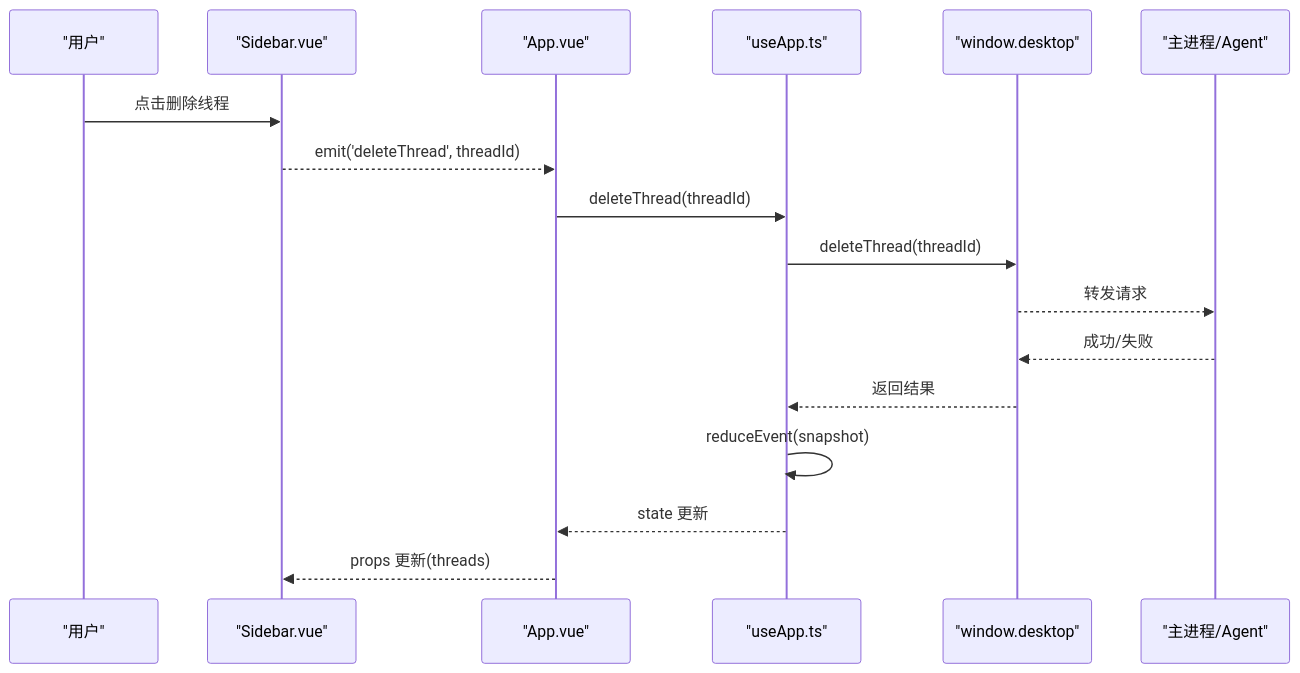
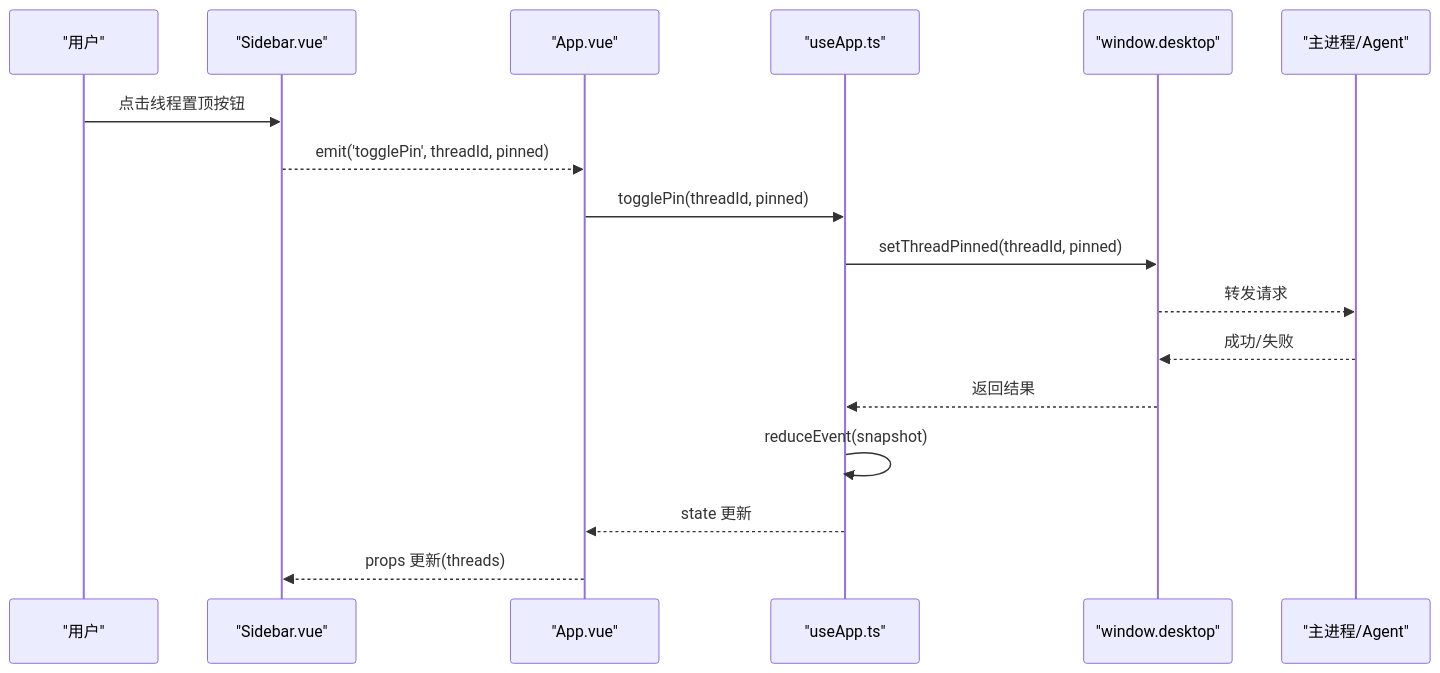
One commit to dyx-9163/ai-aifar changed the fourth of 6 diagrams in .qoder/repowiki/zh/content/用户界面/侧边栏导航组件.md. Above: the diagram before and after it, drawn with Mermaid. The commit also changed other lines of this file and 10 other files, not shown here.

````diff
--- a/.qoder/repowiki/zh/content/用户界面/侧边栏导航组件.md
+++ b/.qoder/repowiki/zh/content/用户界面/侧边栏导航组件.md
@@ -186,19 +216,19 @@
 ```mermaid
 sequenceDiagram
 participant U as "用户"
 participant S as "Sidebar.vue"
 participant P as "App.vue"
 participant A as "useApp.ts"
 participant D as "window.desktop"
 participant M as "主进程/Agent"
-U->>S : 点击删除线程
-S-->>P : emit('deleteThread', threadId)
-P->>A : deleteThread(threadId)
-A->>D : deleteThread(threadId)
+U->>S : 点击线程置顶按钮
+S-->>P : emit('togglePin', threadId, pinned)
+P->>A : togglePin(threadId, pinned)
+A->>D : setThreadPinned(threadId, pinned)
 D-->>M : 转发请求
 M-->>D : 成功/失败
 D-->>A : 返回结果
 A->>A : reduceEvent(snapshot)
 A-->>P : state 更新
 P-->>S : props 更新(threads)
 ```
````
